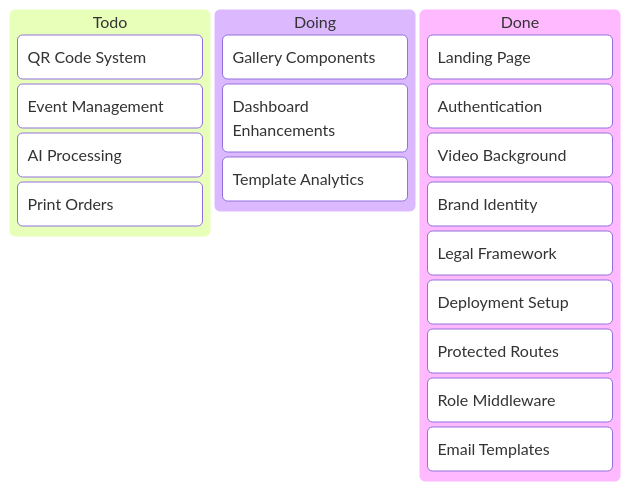
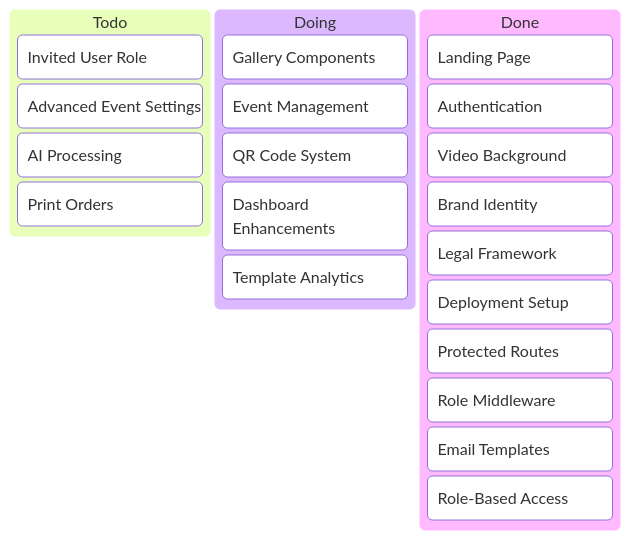
One commit to mrj0nesmtl/cloud-burst changed the first of 2 diagrams in docs/planning/roadmap.md. Above: the diagram before and after it, drawn with Mermaid. The commit also changed other lines of this file and 71 other files, not shown here.

````diff
--- a/docs/planning/roadmap.md
+++ b/docs/planning/roadmap.md
@@ -120,25 +150,28 @@
 ```mermaid
 ---
 title: Cloud Burst Development Kanban
 ---
 kanban
     Todo 
-        QR Code System
-        Event Management
+        Invited User Role
+        Advanced Event Settings
         AI Processing
         Print Orders
     Doing
         Gallery Components
+        Event Management
+        QR Code System
         Dashboard Enhancements
         Template Analytics
     Done
         Landing Page
         Authentication
         Video Background
         Brand Identity
         Legal Framework
         Deployment Setup
         Protected Routes
         Role Middleware
         Email Templates
+        Role-Based Access
 ```
````
